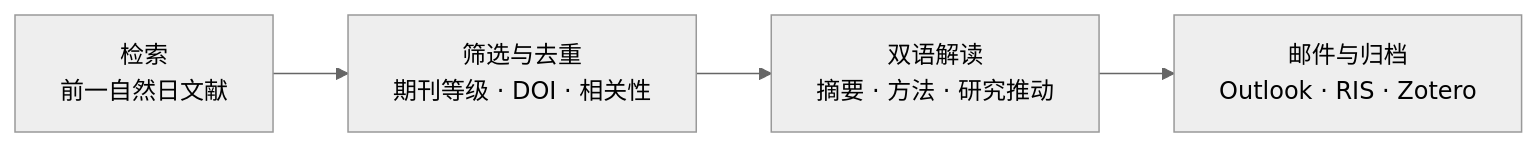
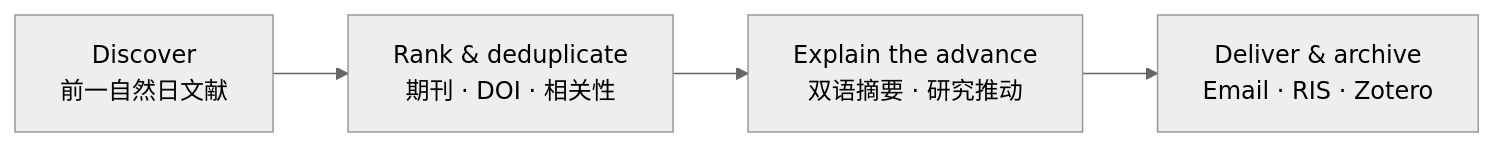
One commit to fuyuzhe0326/Daily-paper changed the diagram in README.md. Above: the diagram before and after it, drawn with Mermaid (neutral theme). The commit also changed other lines of this file, not shown here.

````diff
--- a/README.md
+++ b/README.md
@@ -8,6 +14,6 @@
 ```mermaid
 flowchart LR
-    A["检索<br/>前一自然日文献"] --> B["筛选与去重<br/>期刊等级 · DOI · 相关性"]
-    B --> C["双语解读<br/>摘要 · 方法 · 研究推动"]
-    C --> D["邮件与归档<br/>Outlook · RIS · Zotero"]
+    A["Discover<br/>前一自然日文献"] --> B["Rank & deduplicate<br/>期刊 · DOI · 相关性"]
+    B --> C["Explain the advance<br/>双语摘要 · 研究推动"]
+    C --> D["Deliver & archive<br/>Email · RIS · Zotero"]
 ```
````
